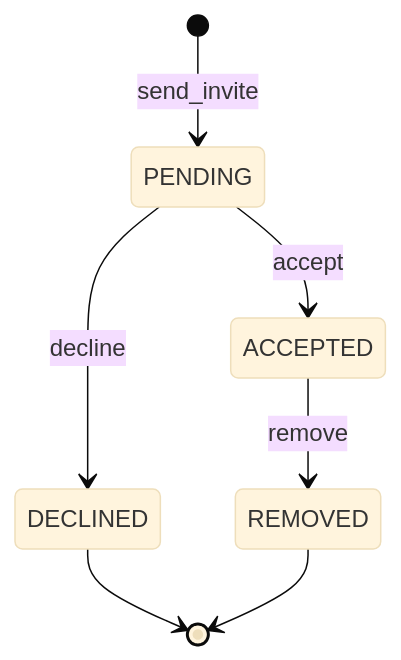
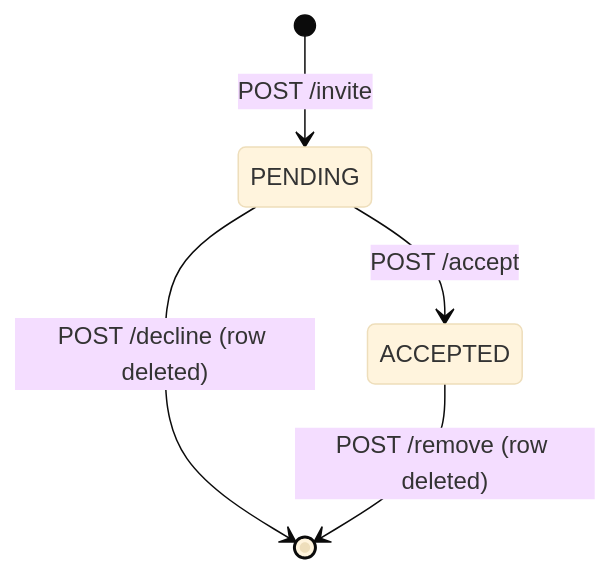
One commit to The-Parliment/cs3305_2026_team_8 changed the diagram in docs/circles/circles_api.md. Above: the diagram before and after it, drawn with Mermaid (base theme). The commit also changed other lines of this file and 17 other files, not shown here.

````diff
--- a/docs/circles/circles_api.md
+++ b/docs/circles/circles_api.md
@@ -24,12 +36,9 @@
 ```mermaid
 stateDiagram-v2
-    [*] --> PENDING : send_invite
+    [*] --> PENDING : POST /invite
 
-    PENDING --> ACCEPTED : accept
-    PENDING --> DECLINED : decline
+    PENDING --> ACCEPTED : POST /accept
+    PENDING --> [*] : POST /decline (row deleted)
 
-    ACCEPTED --> REMOVED : remove
-
-    DECLINED --> [*]
-    REMOVED --> [*]
+    ACCEPTED --> [*] : POST /remove (row deleted)
 ```
````
